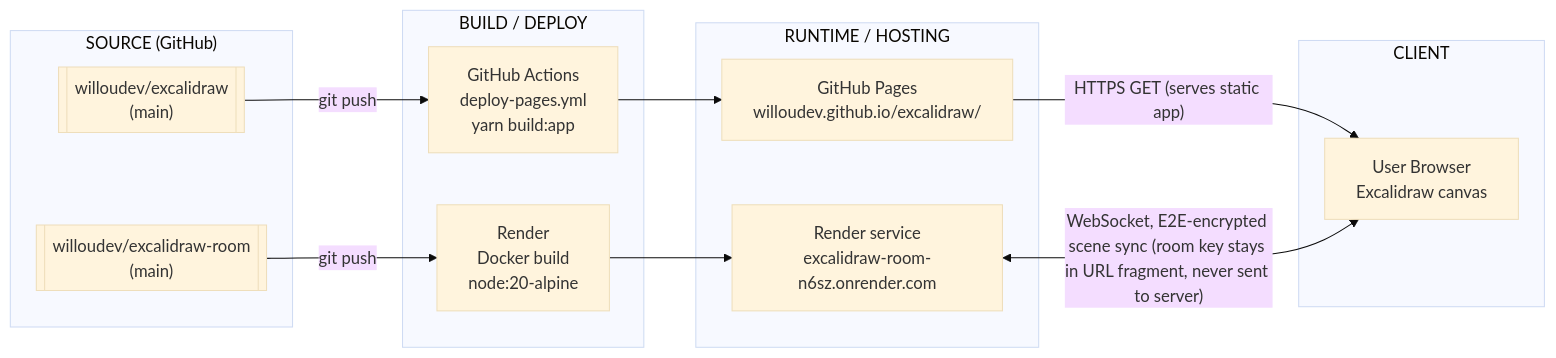
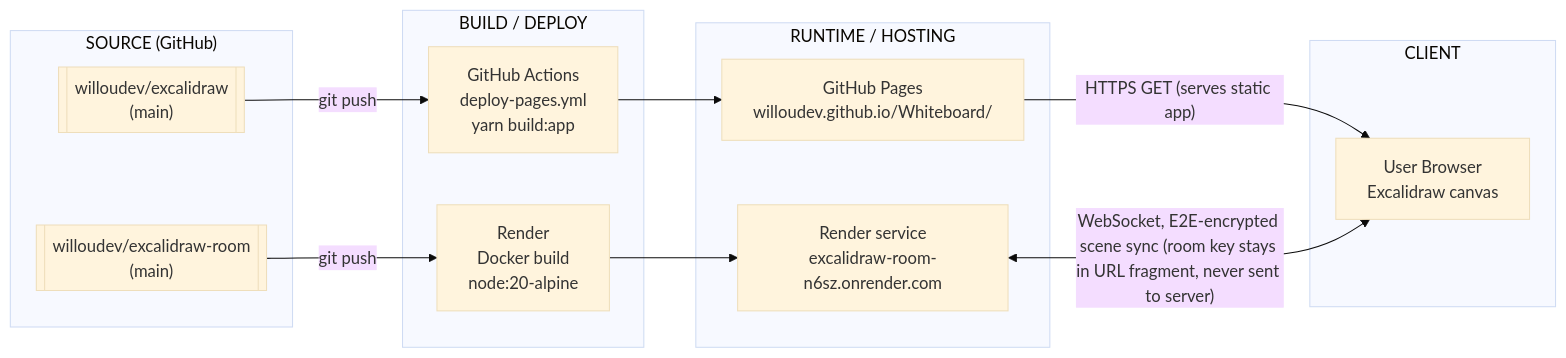
Before and after one commit to willoudev/excalidraw: the diagram in README.md, drawn with Mermaid (base theme). The commit also changed 3 other files, not shown here.

````diff
--- a/README.md
+++ b/README.md
@@ -95,26 +95,26 @@
 ```mermaid
 flowchart LR
     subgraph SRC["SOURCE (GitHub)"]
         R1[["willoudev/excalidraw<br/>(main)"]]
         R2[["willoudev/excalidraw-room<br/>(main)"]]
     end
 
     subgraph BUILD["BUILD / DEPLOY"]
         GA["GitHub Actions<br/>deploy-pages.yml<br/>yarn build:app"]
         RB["Render<br/>Docker build<br/>node:20-alpine"]
     end
 
     subgraph RUNTIME["RUNTIME / HOSTING"]
-        GP["GitHub Pages<br/>willoudev.github.io/excalidraw/"]
+        GP["GitHub Pages<br/>willoudev.github.io/Whiteboard/"]
         RR["Render service<br/>excalidraw-room-n6sz.onrender.com"]
     end
 
     subgraph CLIENT["CLIENT"]
         U["User Browser<br/>Excalidraw canvas"]
     end
 
     R1 -- git push --> GA --> GP
     R2 -- git push --> RB --> RR
     GP -- "HTTPS GET (serves static app)" --> U
     RR <-- "WebSocket, E2E-encrypted scene sync (room key stays in URL fragment, never sent to server)" --> U
 ```
````
